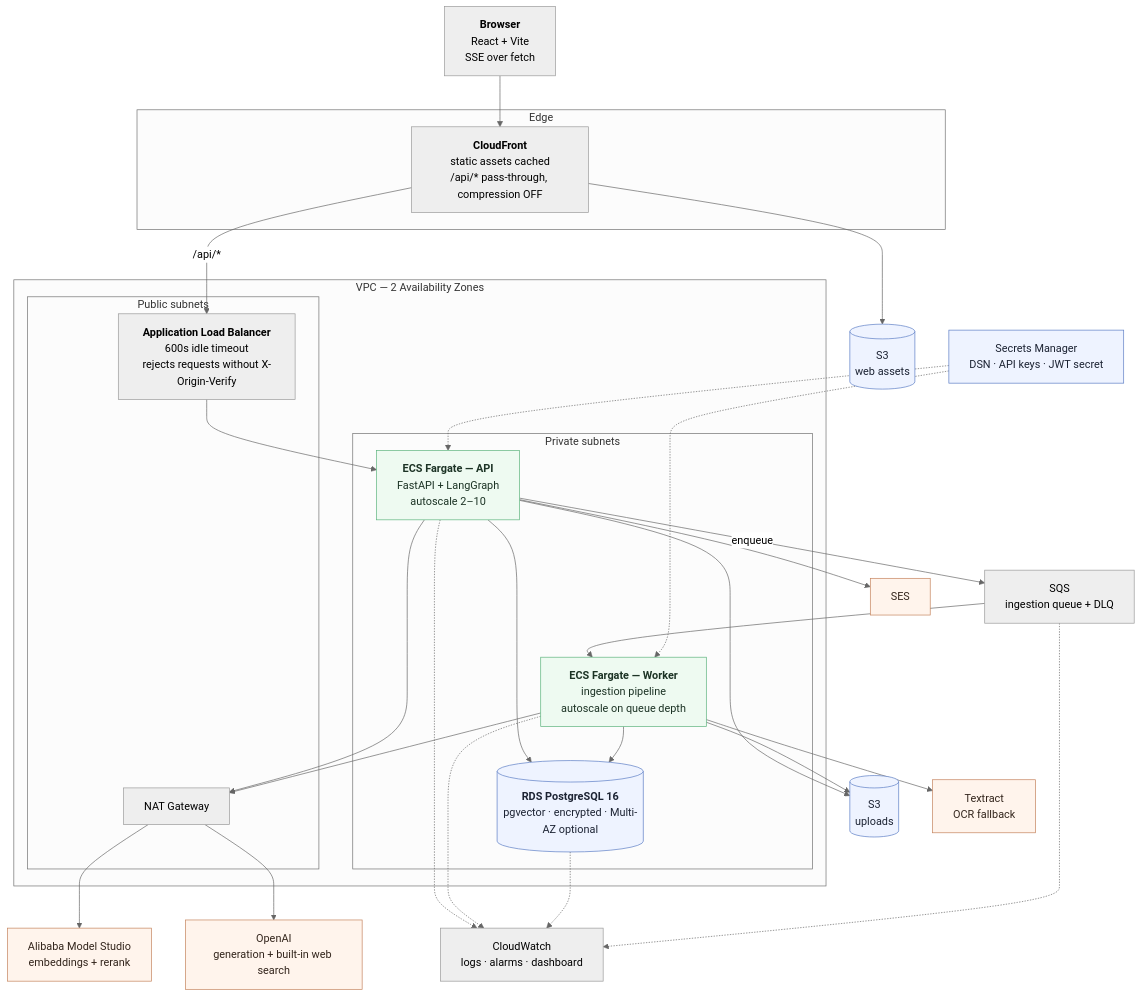
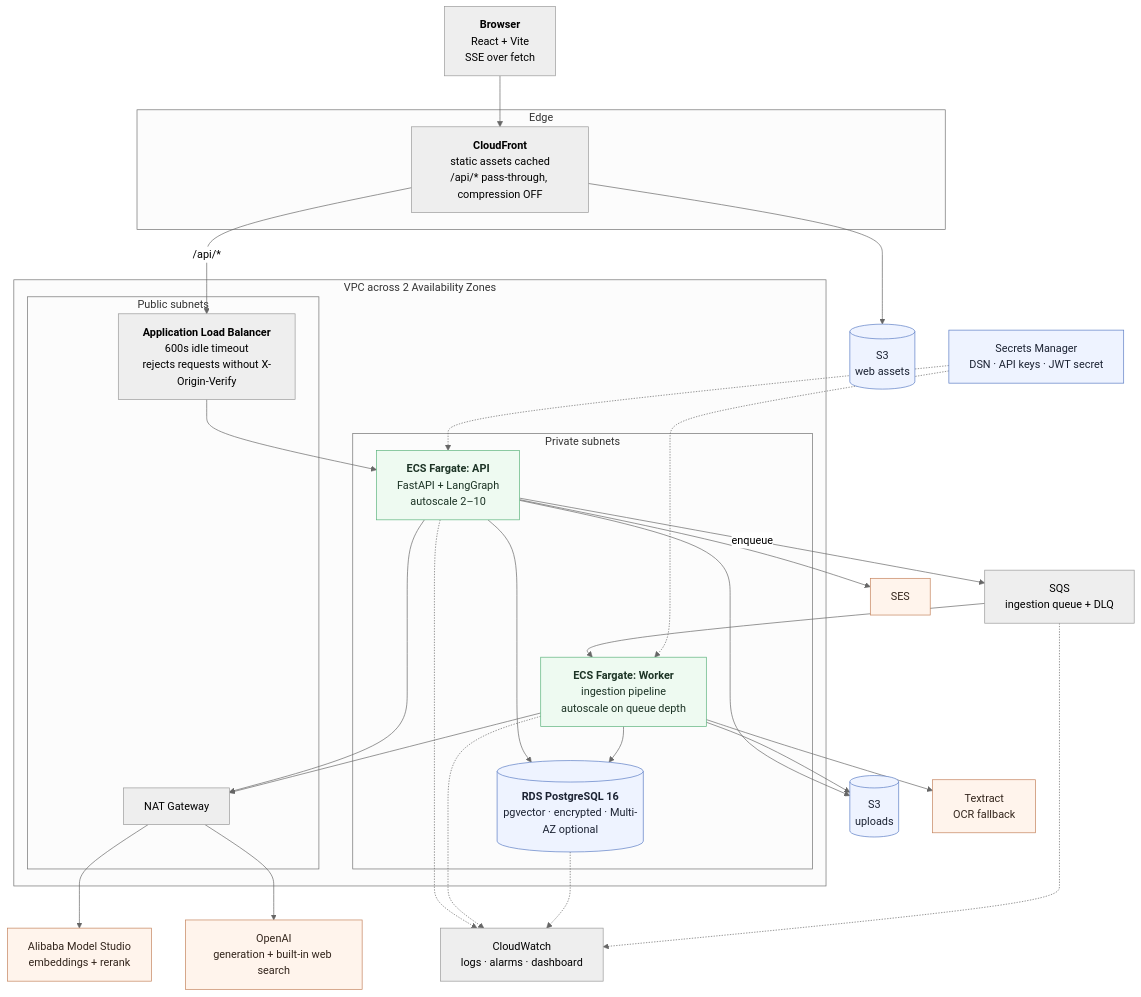
The first of 9 diagrams in README.md (ahmedselimmansor-ctrl/Agentic-Rag-on-AWS), drawn with Mermaid (neutral theme) before and after one commit. The commit also changed other lines of this file, not shown here.

````diff
--- a/README.md
+++ b/README.md
@@ -42,65 +42,65 @@
 ```mermaid
 flowchart TB
     browser["<b>Browser</b><br/>React + Vite<br/>SSE over fetch"]
 
     subgraph edge["Edge"]
         cf["<b>CloudFront</b><br/>static assets cached<br/>/api/* pass-through, compression OFF"]
     end
 
-    subgraph vpc["VPC — 2 Availability Zones"]
+    subgraph vpc["VPC across 2 Availability Zones"]
         subgraph pub["Public subnets"]
             alb["<b>Application Load Balancer</b><br/>600s idle timeout<br/>rejects requests without X-Origin-Verify"]
             nat["NAT Gateway"]
         end
 
         subgraph priv["Private subnets"]
-            api["<b>ECS Fargate — API</b><br/>FastAPI + LangGraph<br/>autoscale 2–10"]
-            worker["<b>ECS Fargate — Worker</b><br/>ingestion pipeline<br/>autoscale on queue depth"]
+            api["<b>ECS Fargate: API</b><br/>FastAPI + LangGraph<br/>autoscale 2–10"]
+            worker["<b>ECS Fargate: Worker</b><br/>ingestion pipeline<br/>autoscale on queue depth"]
             db[("<b>RDS PostgreSQL 16</b><br/>pgvector · encrypted · Multi-AZ optional")]
         end
     end
 
     s3web[("S3<br/>web assets")]
     s3up[("S3<br/>uploads")]
     sqs["SQS<br/>ingestion queue + DLQ"]
     secrets["Secrets Manager<br/>DSN · API keys · JWT secret"]
     ses["SES"]
     textract["Textract<br/>OCR fallback"]
     cw["CloudWatch<br/>logs · alarms · dashboard"]
 
     openai["OpenAI<br/>generation + built-in web search"]
     dashscope["Alibaba Model Studio<br/>embeddings + rerank"]
 
     browser --> cf
     cf --> s3web
     cf -- "/api/*" --> alb
     alb --> api
 
     api --> db
     api -- "enqueue" --> sqs
     api --> s3up
     api --> ses
     sqs --> worker
     worker --> db
     worker --> s3up
     worker --> textract
 
     api --> nat
     worker --> nat
     nat --> openai
     nat --> dashscope
 
     secrets -.-> api
     secrets -.-> worker
     api -.-> cw
     worker -.-> cw
     db -.-> cw
     sqs -.-> cw
 
     classDef store fill:#eef3ff,stroke:#5b7cc4,color:#1c2333
     classDef ext fill:#fff4ec,stroke:#c4825b,color:#33251c
     classDef compute fill:#eefaf1,stroke:#5bb37c,color:#1c3325
     class s3web,s3up,db,secrets store
     class openai,dashscope,ses,textract ext
     class api,worker compute
 ```
````
